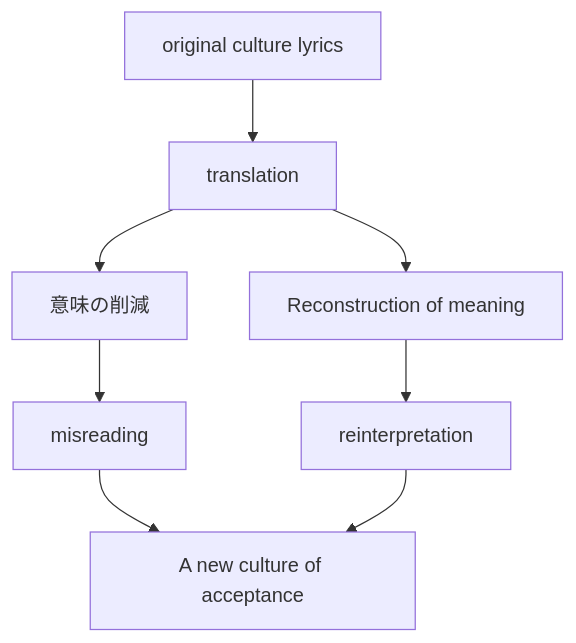
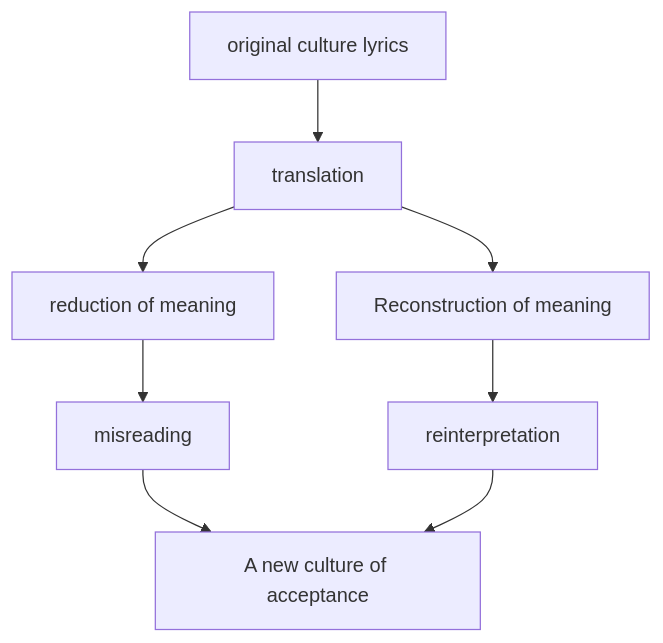
The second of 2 diagrams in en/_posts/2026-01-16-column-lyric-translation.md (monumental-movement/monumental-movement.github.io), drawn with Mermaid before and after one commit. The commit also changed other lines of this file and 851 other files, not shown here.

```diff
--- a/en/_posts/2026-01-16-column-lyric-translation.md
+++ b/en/_posts/2026-01-16-column-lyric-translation.md
@@ -201,10 +201,10 @@
 <div class="mermaid">
 graph TD
     A[original culture lyrics] --> B[translation]
-    B --> C[意味の削減]
+    B --> C[reduction of meaning]
     B --> D[Reconstruction of meaning]
     C --> E[misreading]
     D --> F[reinterpretation]
     E --> G[A new culture of acceptance]
     F --> G
 </div>
```
